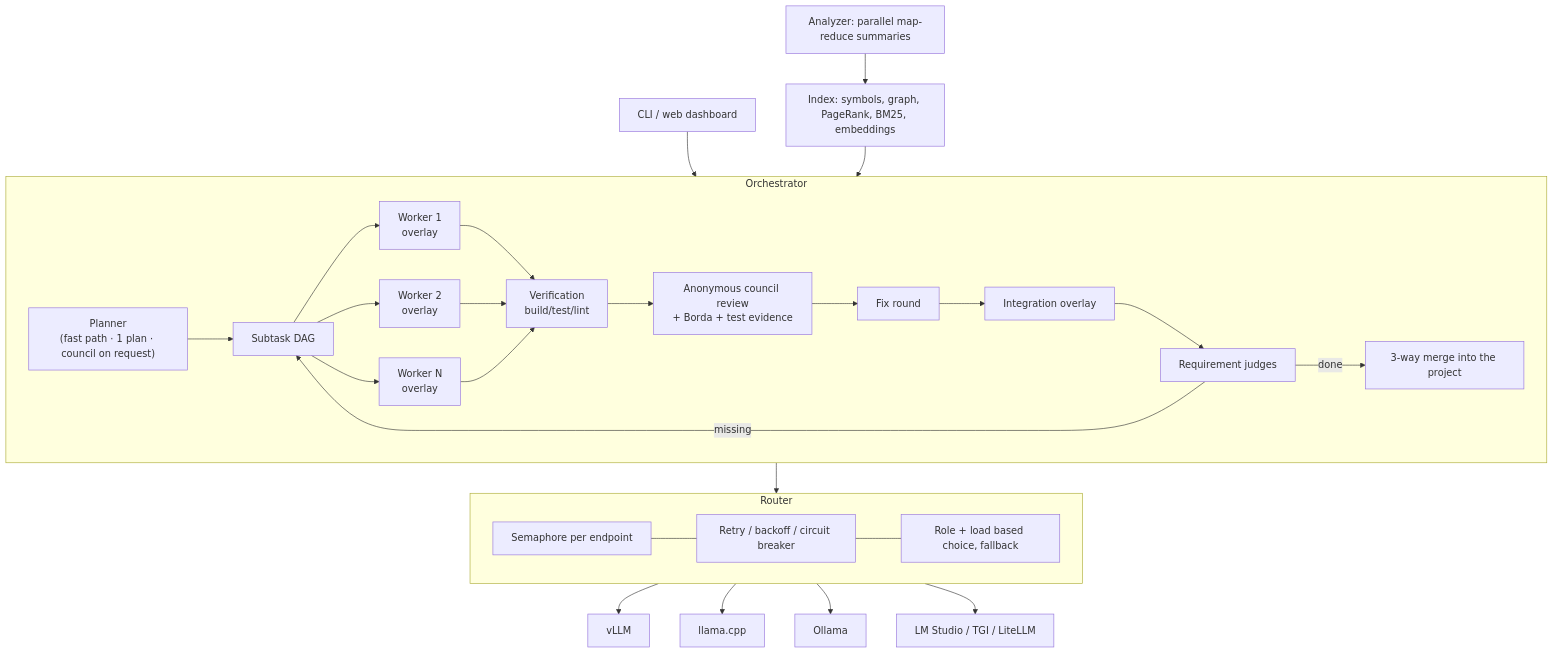
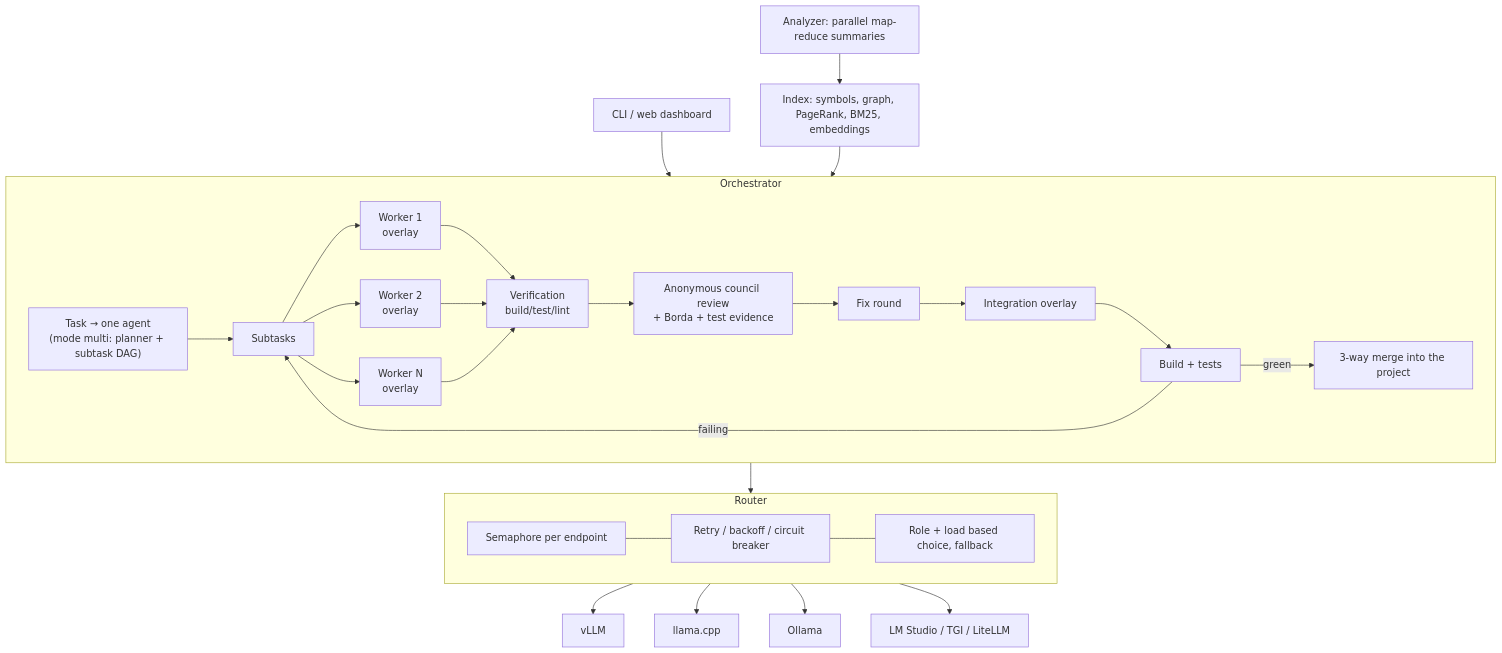
One commit to ozknScalebor/kurultay changed the diagram in README.md. Above: the diagram before and after it, drawn with Mermaid. The commit also changed other lines of this file and 23 other files, not shown here.

````diff
--- a/README.md
+++ b/README.md
@@ -47,23 +49,23 @@
 ```mermaid
 flowchart TB
   CLI["CLI / web dashboard"] --> ORCH
   subgraph ORCH[Orchestrator]
-    P["Planner<br/>(fast path · 1 plan · council on request)"] --> DAG["Subtask DAG"]
+    P["Task → one agent<br/>(mode multi: planner + subtask DAG)"] --> DAG["Subtasks"]
     DAG --> W1["Worker 1<br/>overlay"]
     DAG --> W2["Worker 2<br/>overlay"]
     DAG --> W3["Worker N<br/>overlay"]
     W1 & W2 & W3 --> V["Verification<br/>build/test/lint"]
     V --> C["Anonymous council review<br/>+ Borda + test evidence"]
     C --> FIX["Fix round"] --> INT["Integration overlay"]
-    INT --> REQ["Requirement judges"]
-    REQ -- missing --> DAG
-    REQ -- done --> MERGE["3-way merge into the project"]
+    INT --> V2["Build + tests"]
+    V2 -- failing --> DAG
+    V2 -- green --> MERGE["3-way merge into the project"]
   end
   ORCH --> R
   subgraph R[Router]
     S["Semaphore per endpoint"] --- CB["Retry / backoff / circuit breaker"] --- FB["Role + load based choice, fallback"]
   end
   R --> E1["vLLM"] & E2["llama.cpp"] & E3["Ollama"] & E4["LM Studio / TGI / LiteLLM"]
   IDX["Index: symbols, graph, PageRank, BM25, embeddings"] --> ORCH
   AN["Analyzer: parallel map-reduce summaries"] --> IDX
 ```
````
